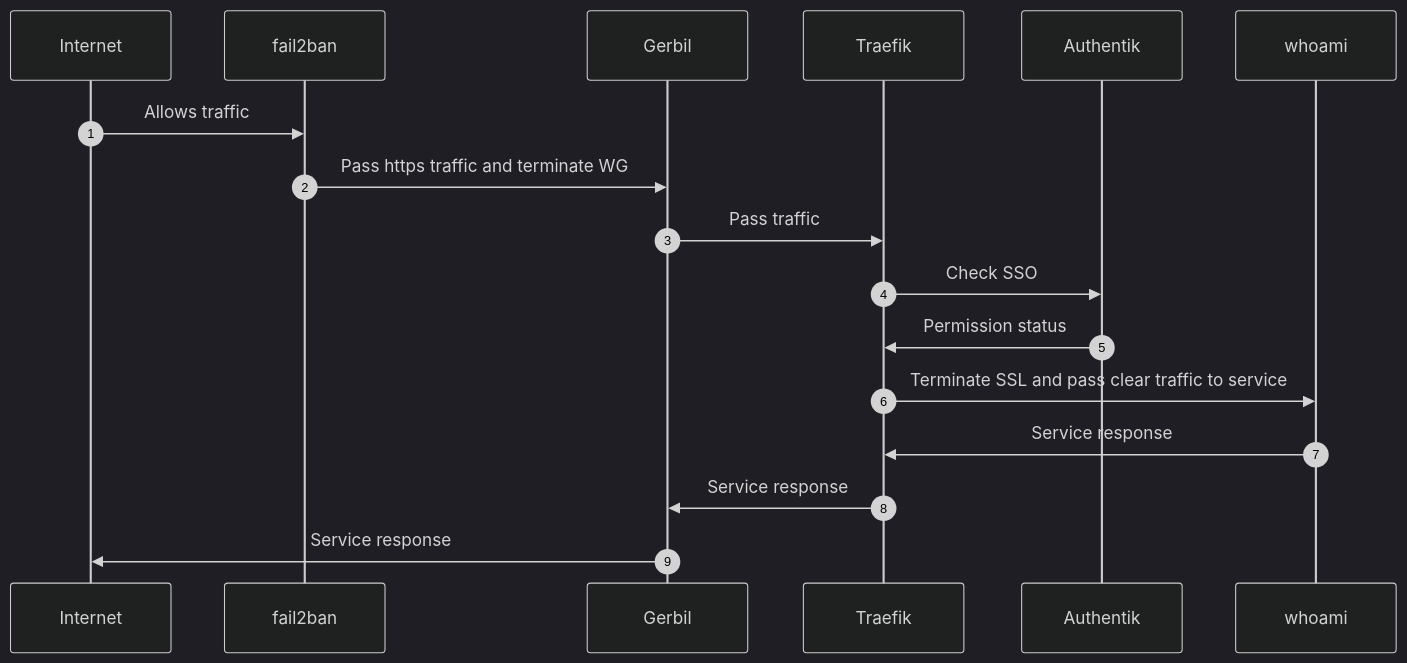
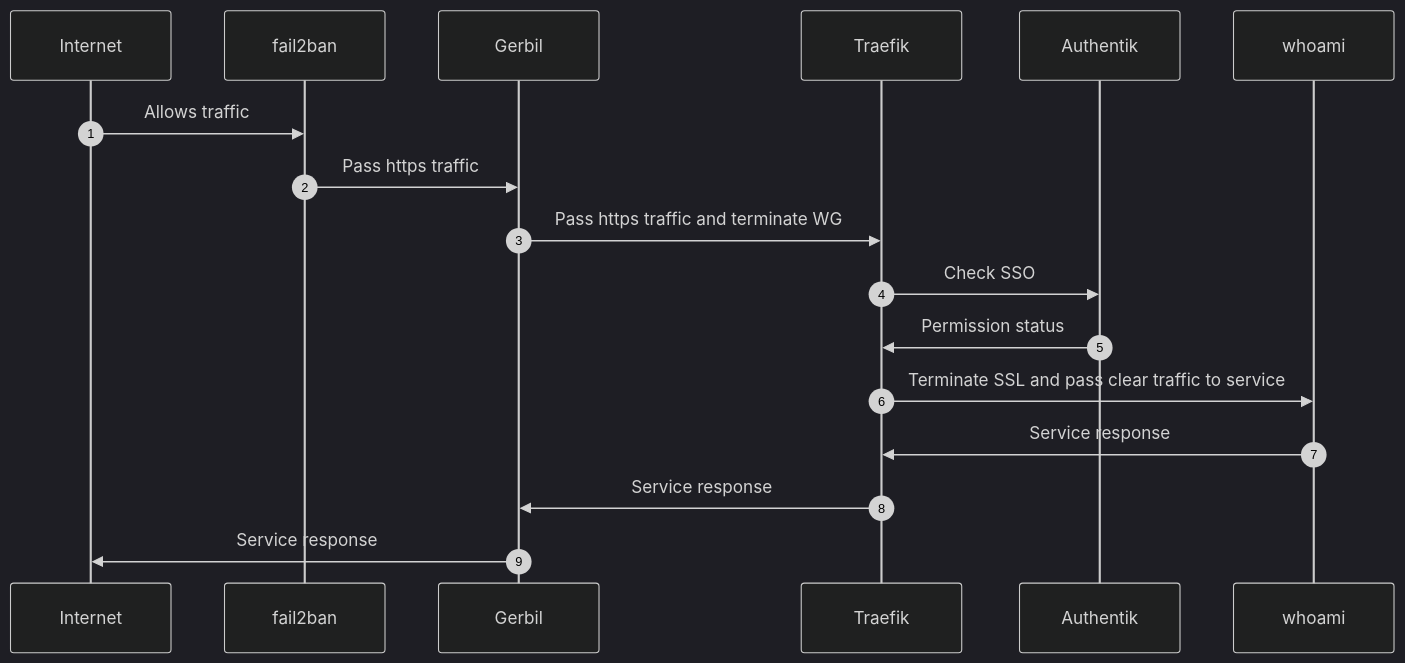
One commit to johncloud-paas/platform changed the diagram in use-cases/acess-authentik_sso-service.md. Above: the diagram before and after it, drawn with Mermaid (dark theme). The commit also changed 2 other files, not shown here.

Commit message:
Added use cases

````diff
--- a/use-cases/acess-authentik_sso-service.md
+++ b/use-cases/acess-authentik_sso-service.md
@@ -8,13 +8,13 @@
 ```mermaid
 sequenceDiagram
   autonumber
   Internet->>fail2ban: Allows traffic
-  fail2ban->>Gerbil: Pass https traffic and terminate WG
-  Gerbil->>Traefik: Pass traffic
+  fail2ban->>Gerbil: Pass https traffic
+  Gerbil->>Traefik: Pass https traffic and terminate WG
   Traefik->>Authentik: Check SSO
   Authentik->>Traefik: Permission status
   Traefik->>whoami: Terminate SSL and pass clear traffic to service
   whoami->>Traefik: Service response
   Traefik->>Gerbil: Service response
   Gerbil->>Internet: Service response
 ```
````
